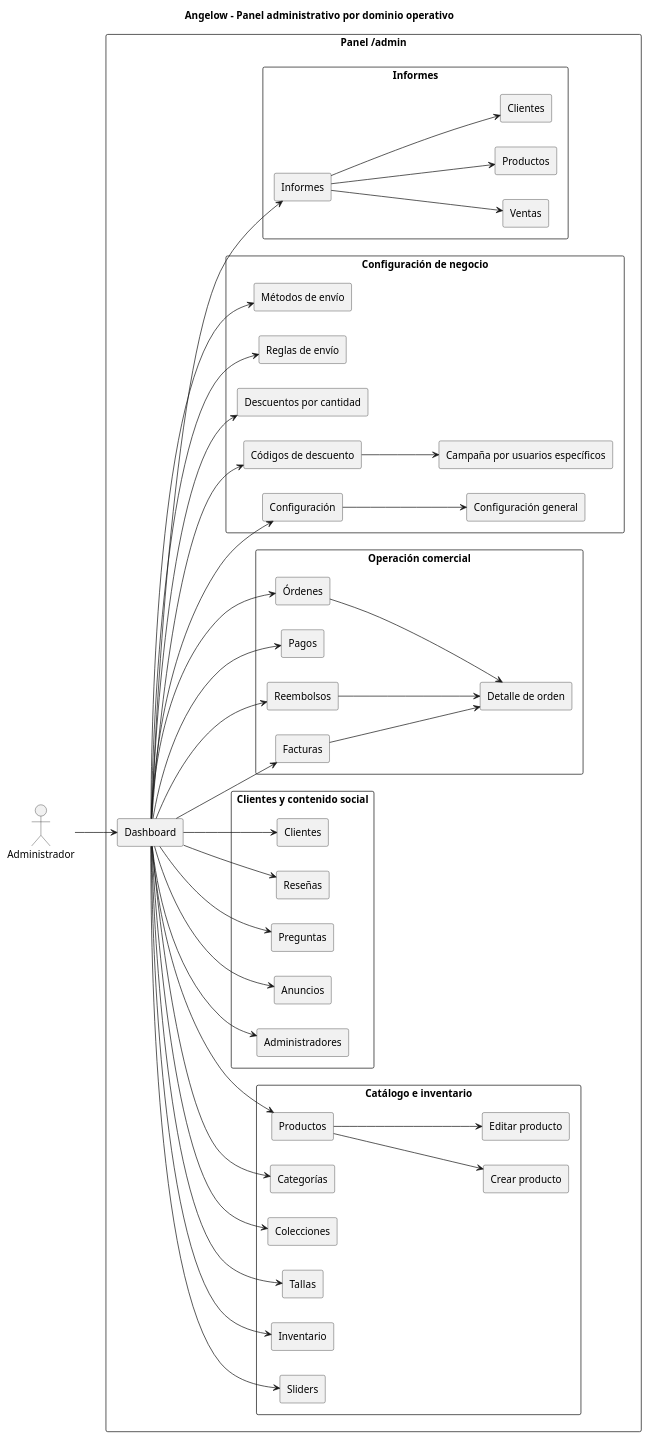
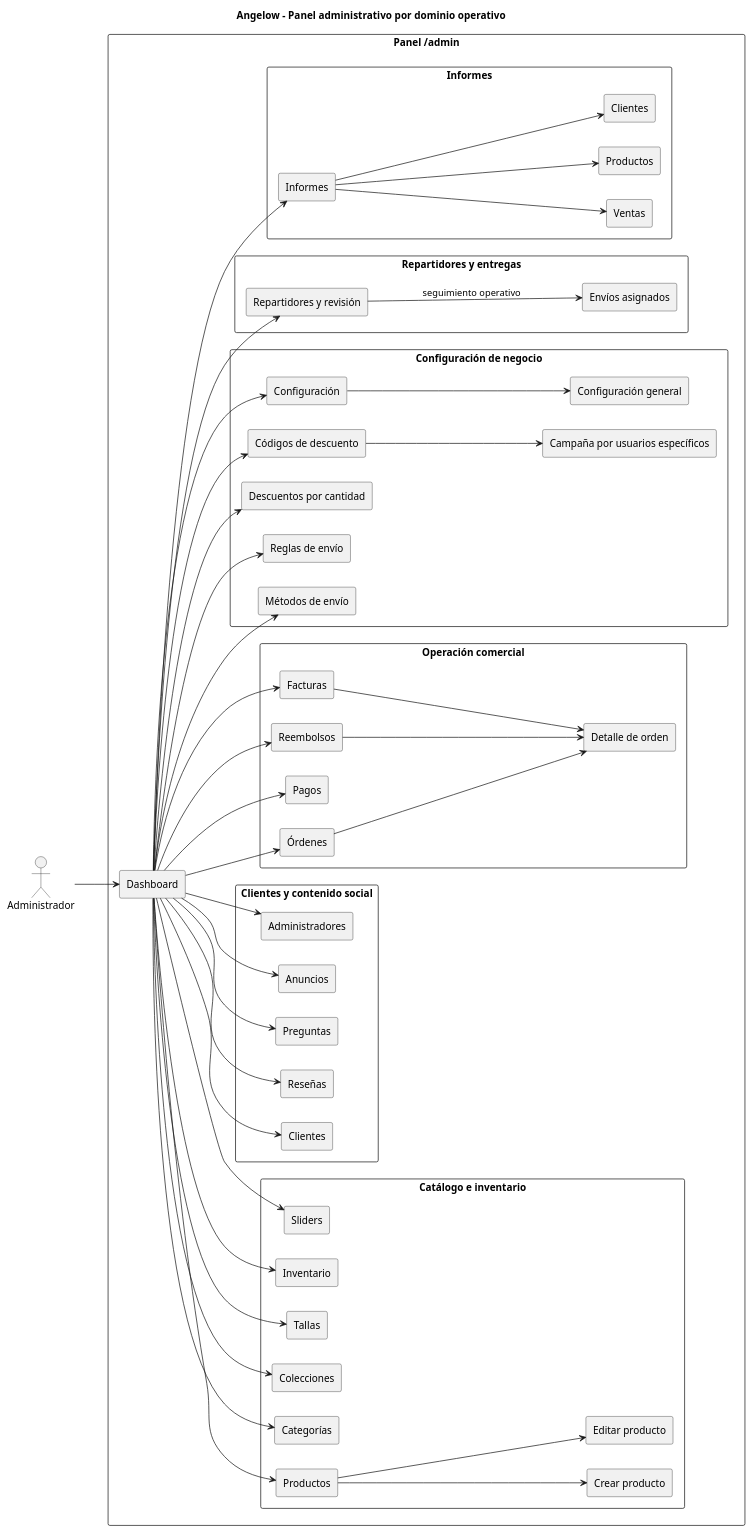
Before and after one commit to Braian551/Angelow_microservices: the fourth of 6 diagrams in docs/arquitectura/mapas-navegacion-sistema-plantuml.md, drawn with PlantUML. The commit also changed other lines of this file and 456 other files, not shown here.

```diff
--- a/docs/arquitectura/mapas-navegacion-sistema-plantuml.md
+++ b/docs/arquitectura/mapas-navegacion-sistema-plantuml.md
@@ -410,6 +441,11 @@
     [Configuración general] as configuracion_general
   }
 
+  package "Repartidores y entregas" {
+    [Repartidores y revisión] as repartidores
+    [Envíos asignados] as envios_asignados
+  }
+
   package "Informes" {
     [Informes] as informes
     [Ventas] as informes_ventas
@@ -450,6 +486,9 @@
 dashboard --> configuracion
 configuracion --> configuracion_general
 
+dashboard --> repartidores
+repartidores --> envios_asignados : seguimiento operativo
+
 dashboard --> informes
 informes --> informes_ventas
 informes --> informes_productos
```
